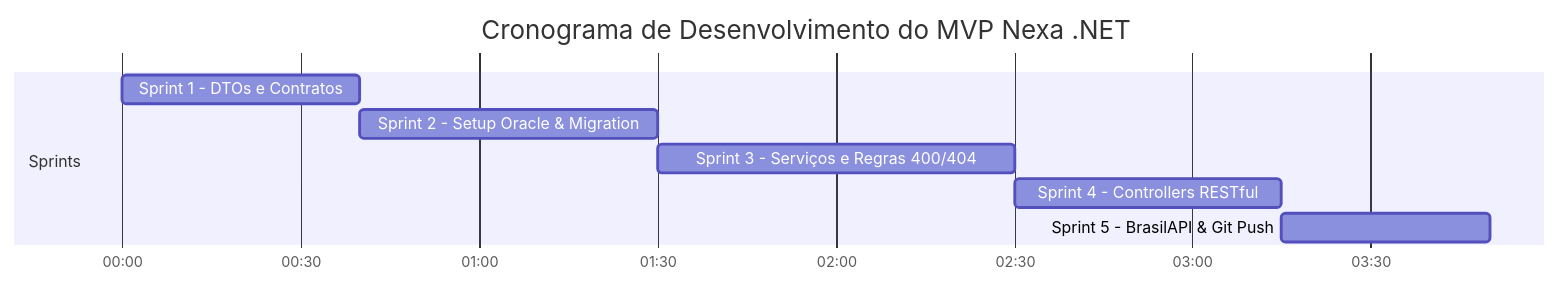
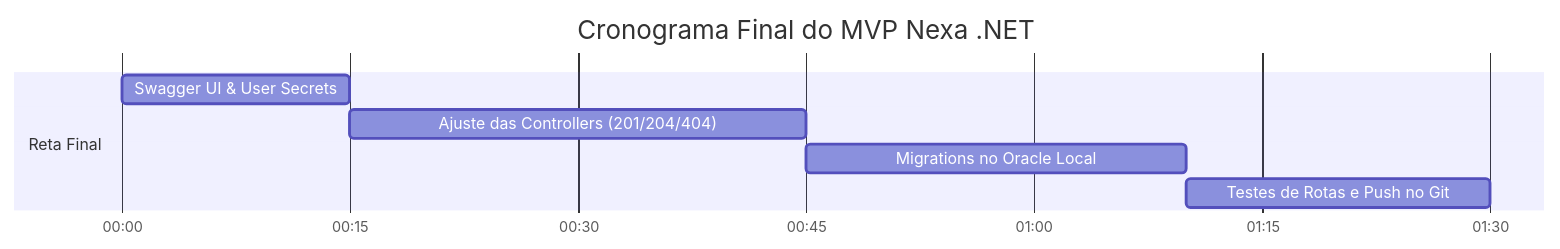
One commit to NexaGS/nexa-dotnet-gestao changed the diagram in Nexa.Dotnet/Docs/PLANO-DESENVOLVIMENTO-GUIA.md. Above: the diagram before and after it, drawn with Mermaid. The commit also changed other lines of this file and 15 other files, not shown here.

````diff
--- a/Nexa.Dotnet/Docs/PLANO-DESENVOLVIMENTO-GUIA.md
+++ b/Nexa.Dotnet/Docs/PLANO-DESENVOLVIMENTO-GUIA.md
@@ -30,13 +16,12 @@
 ```mermaid
 gantt
-    title Cronograma de Desenvolvimento do MVP Nexa .NET
+    title Cronograma Final do MVP Nexa .NET
     dateFormat  HH:mm
     axisFormat  %H:%M
     
-    section Sprints
-    Sprint 1 - DTOs e Contratos         :s1, 00:00, 40m
-    Sprint 2 - Setup Oracle & Migration  :s2, after s1, 50m
-    Sprint 3 - Serviços e Regras 400/404 :s3, after s2, 60m
-    Sprint 4 - Controllers RESTful       :s4, after s3, 45m
-    Sprint 5 - BrasilAPI & Git Push      :s5, after s4, 35m
+    section Reta Final
+    Swagger UI & User Secrets          :done1, 00:00, 15m
+    Ajuste das Controllers (201/204/404) :done2, after done1, 30m
+    Migrations no Oracle Local           :done3, after done2, 25m
+    Testes de Rotas e Push no Git        :done4, after done3, 20m
 ```
````
